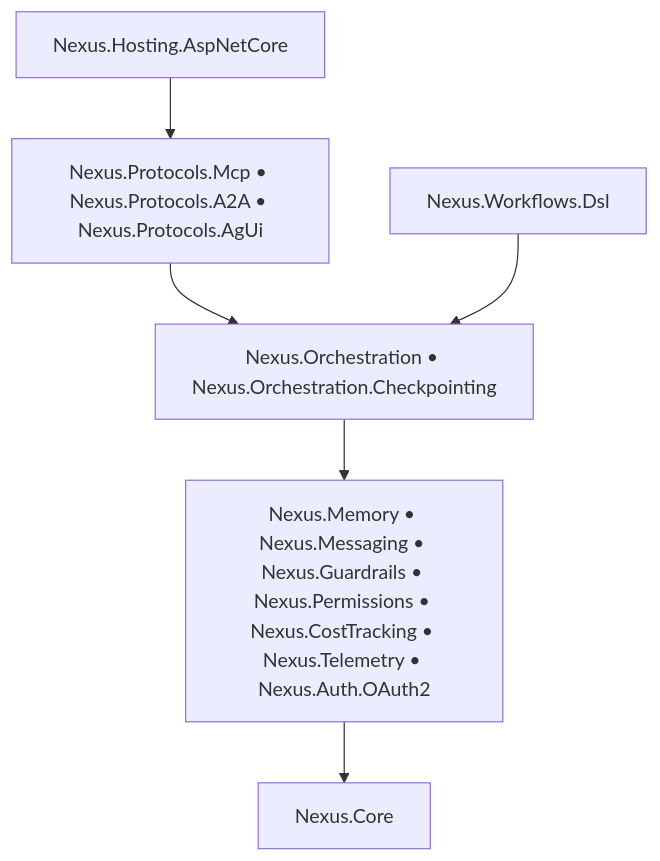
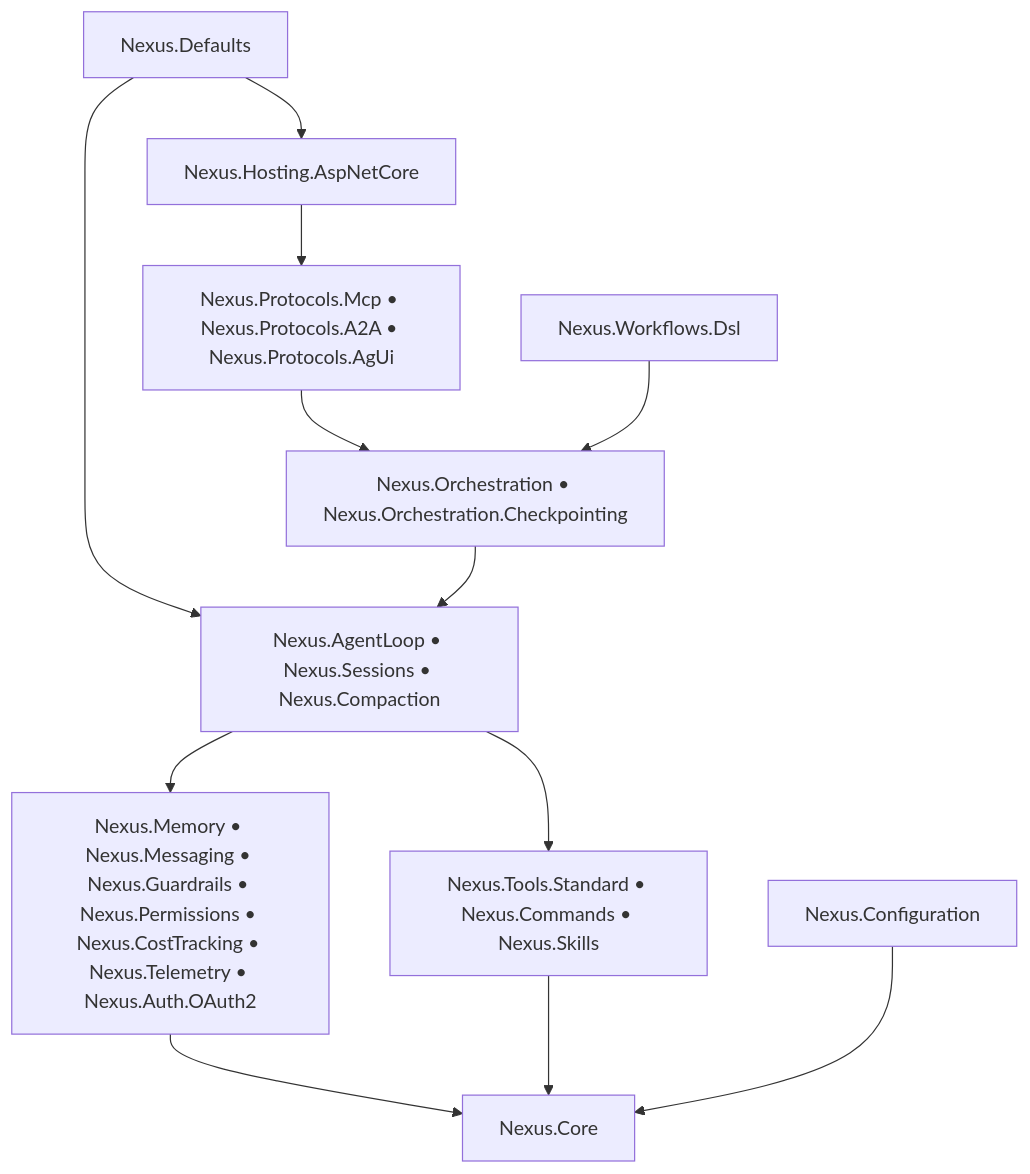
Before and after one commit to Knaackee/nexus.net: the diagram in README.md, drawn with Mermaid. The commit also changed other lines of this file and 61 other files, not shown here.

````diff
--- a/README.md
+++ b/README.md
@@ -27,15 +27,25 @@
 ```mermaid
 flowchart TD
+    DEFAULTS[Nexus.Defaults]
     HOST[Nexus.Hosting.AspNetCore]
     PROTOCOLS[Nexus.Protocols.Mcp • Nexus.Protocols.A2A • Nexus.Protocols.AgUi]
     DSL[Nexus.Workflows.Dsl]
     ORCH[Nexus.Orchestration • Nexus.Orchestration.Checkpointing]
+    LOOP[Nexus.AgentLoop • Nexus.Sessions • Nexus.Compaction]
     RUNTIME[Nexus.Memory • Nexus.Messaging • Nexus.Guardrails • Nexus.Permissions • Nexus.CostTracking • Nexus.Telemetry • Nexus.Auth.OAuth2]
+    TOOLS[Nexus.Tools.Standard • Nexus.Commands • Nexus.Skills]
+    CONFIG[Nexus.Configuration]
     CORE[Nexus.Core]
 
+    DEFAULTS --> HOST
+    DEFAULTS --> LOOP
     HOST --> PROTOCOLS
     PROTOCOLS --> ORCH
     DSL --> ORCH
-    ORCH --> RUNTIME
+    ORCH --> LOOP
+    LOOP --> RUNTIME
+    LOOP --> TOOLS
     RUNTIME --> CORE
+    TOOLS --> CORE
+    CONFIG --> CORE
 ```
````
